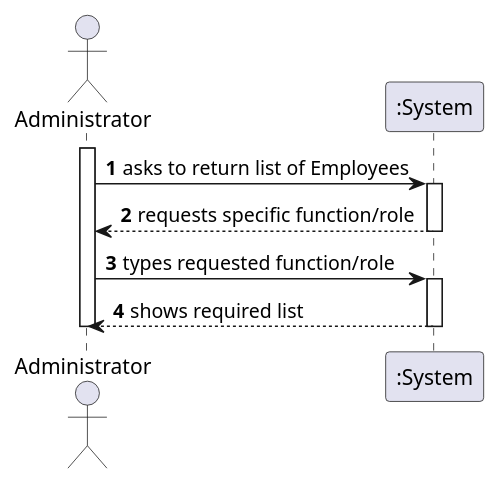
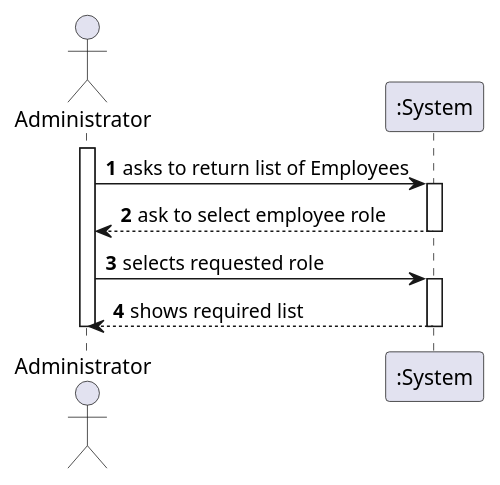
Before and after one commit to diogonapoles/isep-lapr2: the diagram in docs/SprintB/UserStories/US11/US11_SSD.puml, drawn with PlantUML. The commit also changed 6 other files, not shown here.

```diff
--- a/docs/SprintB/UserStories/US11/US11_SSD.puml
+++ b/docs/SprintB/UserStories/US11/US11_SSD.puml
@@ -1,21 +1,21 @@
 @startuml
 autonumber
 actor "Administrator" as ADM
 
 activate ADM
 ADM -> ":System" : asks to return list of Employees
 activate ":System"
-":System" --> ADM : requests specific function/role
+":System" --> ADM : ask to select employee role
 deactivate ":System"
 
-ADM -> ":System" : types requested function/role
+ADM -> ":System" : selects requested role
 activate ":System"
 ":System" --> ADM : shows required list
 deactivate ":System"
 
 
 
 
 deactivate ADM
 
 @enduml
```
